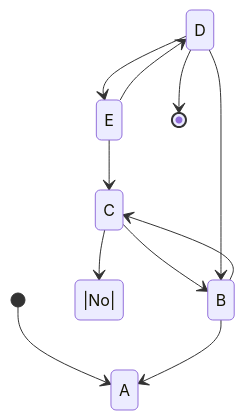
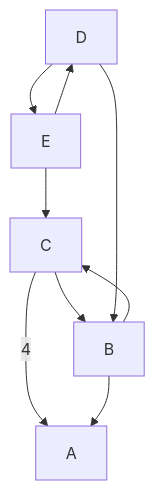
Before and after one commit to GiancarloBenavides/Telematics: the diagram in Enrutamiento/README.md, drawn with Mermaid. The commit also changed other lines of this file, not shown here.

````diff
--- a/Enrutamiento/README.md
+++ b/Enrutamiento/README.md
@@ -49,13 +49,11 @@
 ```mermaid
-stateDiagram-v2
-    [*] --> A
-    C --> |No| A
-    C --> B   
-    B --> A
-    B --> C
-    D --> B
-    D --> E   
-    E --> C
-    E --> D
-    D --> [*]
+graph TD;
+    C --> |4| A;
+    C --> B;  
+    B --> A;
+    B --> C;
+    D --> B;
+    D --> E;
+    E --> C;
+    E --> D;
 ```
````
